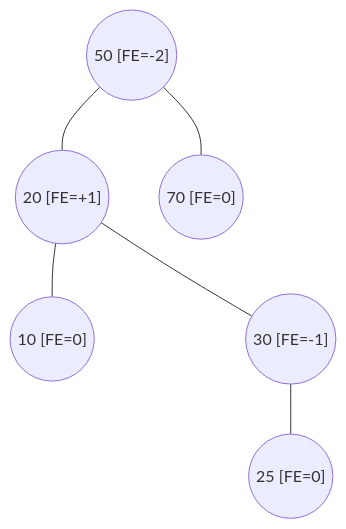
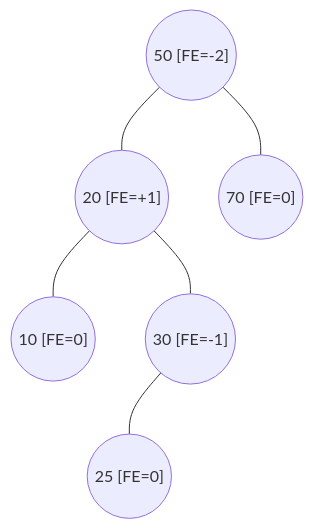
One commit to frijolitobandido/Guia_Matematica_Discreta changed diagram 27 of 36 in 03-arboles.md. Above: the diagram before and after it, drawn with Mermaid. The commit also changed other lines of this file, not shown here.

````diff
--- a/03-arboles.md
+++ b/03-arboles.md
@@ -671,11 +691,12 @@
 ```mermaid
 graph TD
     i1(("50 [FE=-2]")) --- i2(("20 [FE=+1]"))
     i1 --- i3(("70 [FE=0]"))
     i2 --- i4(("10 [FE=0]"))
     i2 --- i5(("30 [FE=-1]"))
     i5 --- i6(("25 [FE=0]"))
-    sp1(( )):::invisible ~~~ i5
+    i5 --- sp1[" "]:::invis
 
-    classDef invisible fill:none,stroke:none
+    classDef invis fill:none,stroke:none,color:none
+    linkStyle 5 stroke:none;
 ```
````
